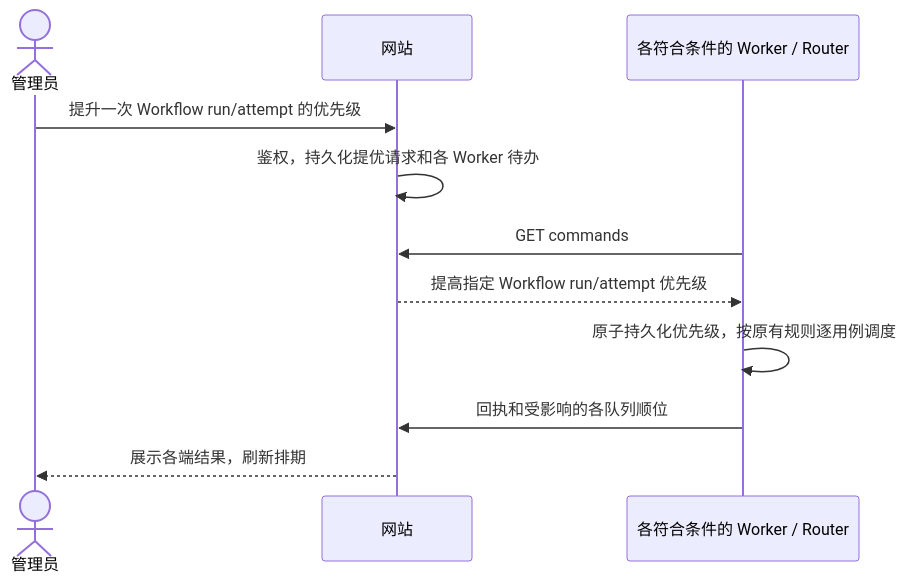
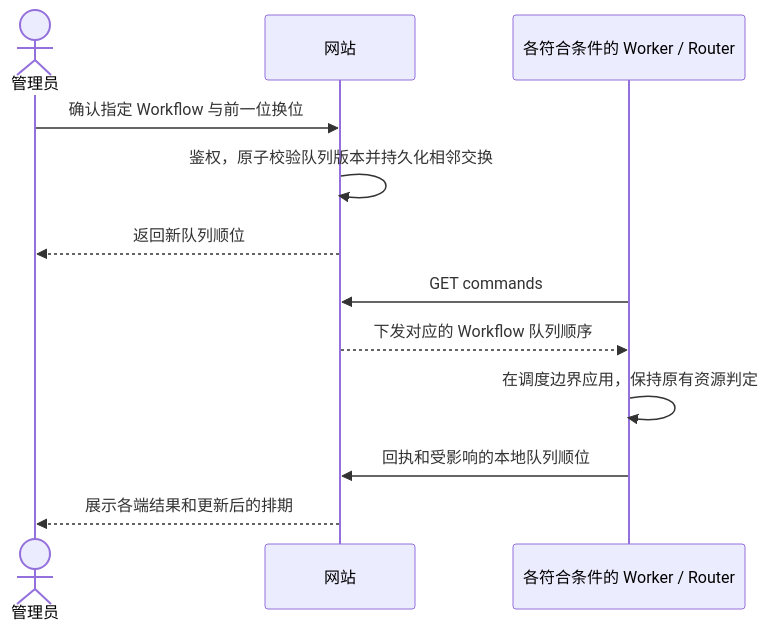
One commit to depeng1994/lite-actions changed the sixth of 9 diagrams in control-center/docs/PRD.md. Above: the diagram before and after it, drawn with Mermaid. The commit also changed other lines of this file, not shown here.

````diff
--- a/control-center/docs/PRD.md
+++ b/control-center/docs/PRD.md
@@ -245,13 +247,14 @@
 ```mermaid
 sequenceDiagram
     actor U as 管理员
     participant S as 网站
     participant W as 各符合条件的 Worker / Router
-    U->>S: 提升一次 Workflow run/attempt 的优先级
-    S->>S: 鉴权，持久化提优请求和各 Worker 待办
+    U->>S: 确认指定 Workflow 与前一位换位
+    S->>S: 鉴权，原子校验队列版本并持久化相邻交换
+    S-->>U: 返回新队列顺位
     W->>S: GET commands
-    S-->>W: 提高指定 Workflow run/attempt 优先级
-    W->>W: 原子持久化优先级，按原有规则逐用例调度
-    W->>S: 回执和受影响的各队列顺位
-    S-->>U: 展示各端结果，刷新排期
+    S-->>W: 下发对应的 Workflow 队列顺序
+    W->>W: 在调度边界应用，保持原有资源判定
+    W->>S: 回执和受影响的本地队列顺位
+    S-->>U: 展示各端结果和更新后的排期
 ```
````
